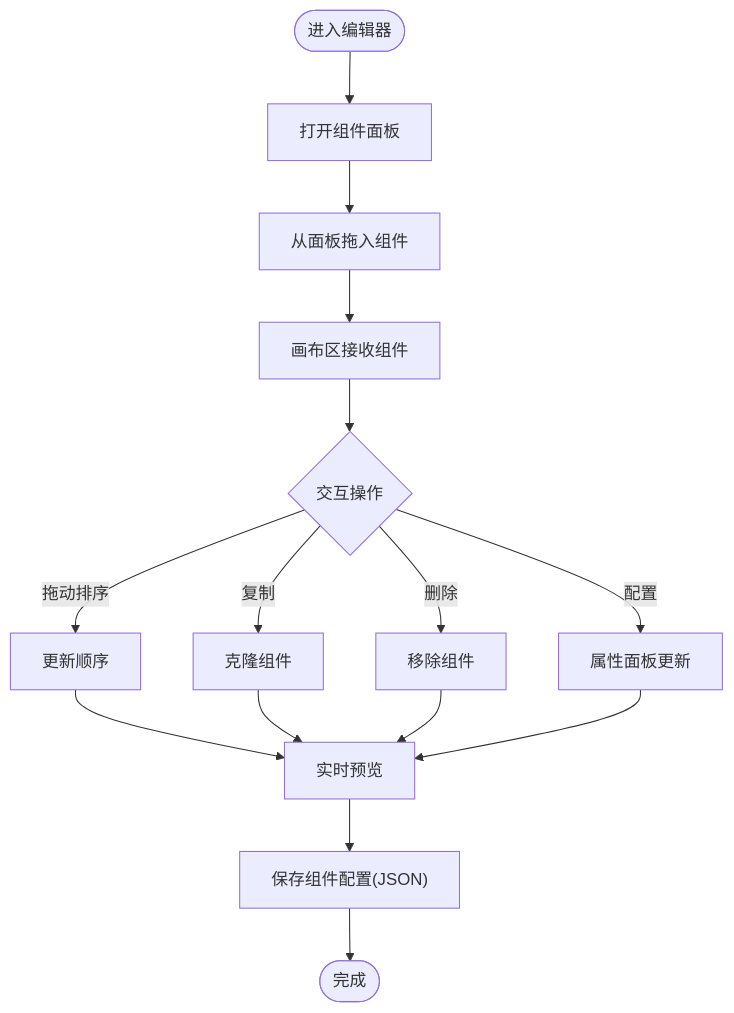
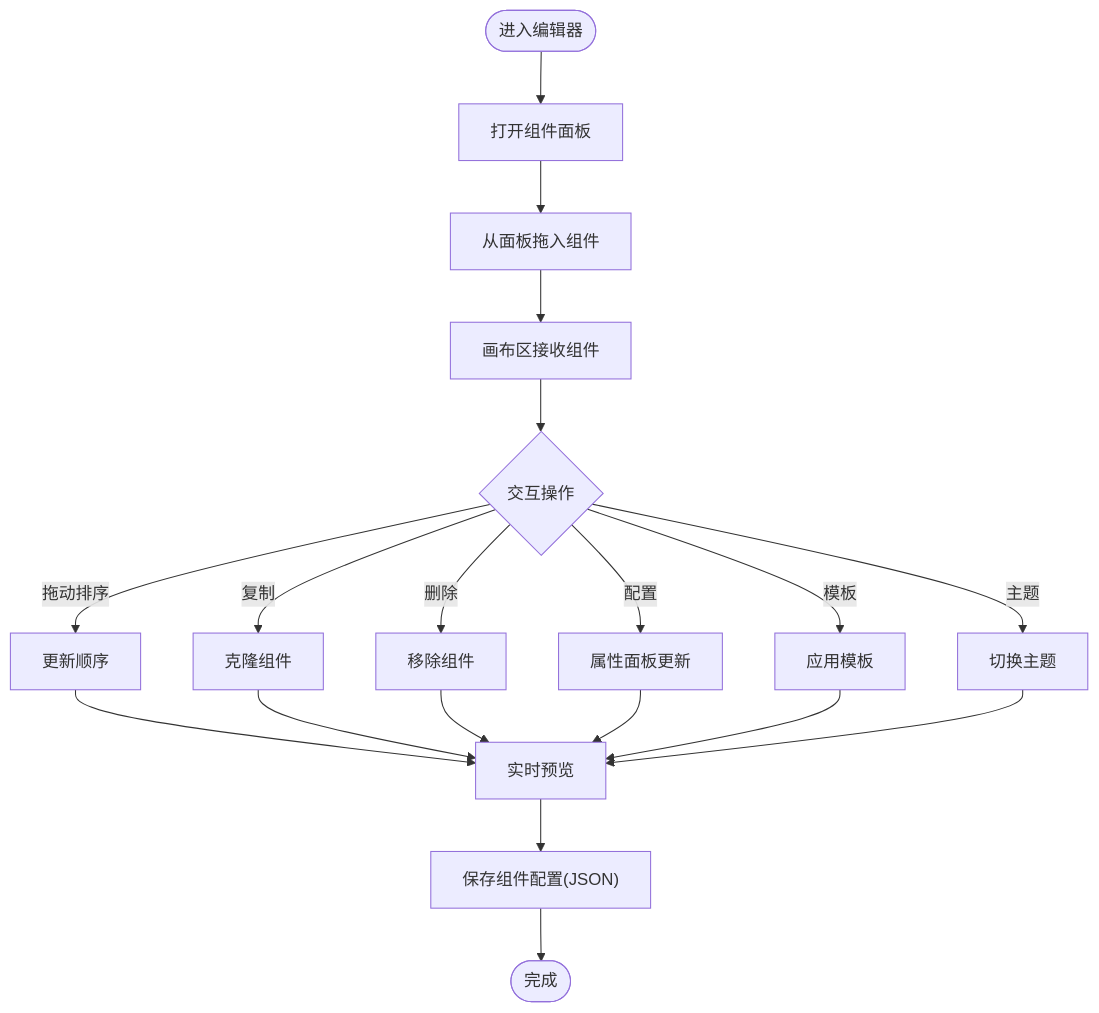
Before and after one commit to wyg5208/website_diy: the fourth of 10 diagrams in .qoder/repowiki/zh/content/前端组件系统/前端组件系统.md, drawn with Mermaid. The commit also changed other lines of this file and 7 other files, not shown here.

````diff
--- a/.qoder/repowiki/zh/content/前端组件系统/前端组件系统.md
+++ b/.qoder/repowiki/zh/content/前端组件系统/前端组件系统.md
@@ -231,17 +255,21 @@
 ```mermaid
 flowchart TD
 Start(["进入编辑器"]) --> Panel["打开组件面板"]
 Panel --> Drag["从面板拖入组件"]
 Drag --> Canvas["画布区接收组件"]
 Canvas --> Interact{"交互操作"}
 Interact --> |拖动排序| Sort["更新顺序"]
 Interact --> |复制| Copy["克隆组件"]
 Interact --> |删除| Remove["移除组件"]
 Interact --> |配置| Config["属性面板更新"]
+Interact --> |模板| Template["应用模板"]
+Interact --> |主题| Theme["切换主题"]
 Sort --> Preview["实时预览"]
 Copy --> Preview
 Remove --> Preview
 Config --> Preview
+Template --> Preview
+Theme --> Preview
 Preview --> Save["保存组件配置(JSON)"]
 Save --> End(["完成"])
 ```
````
